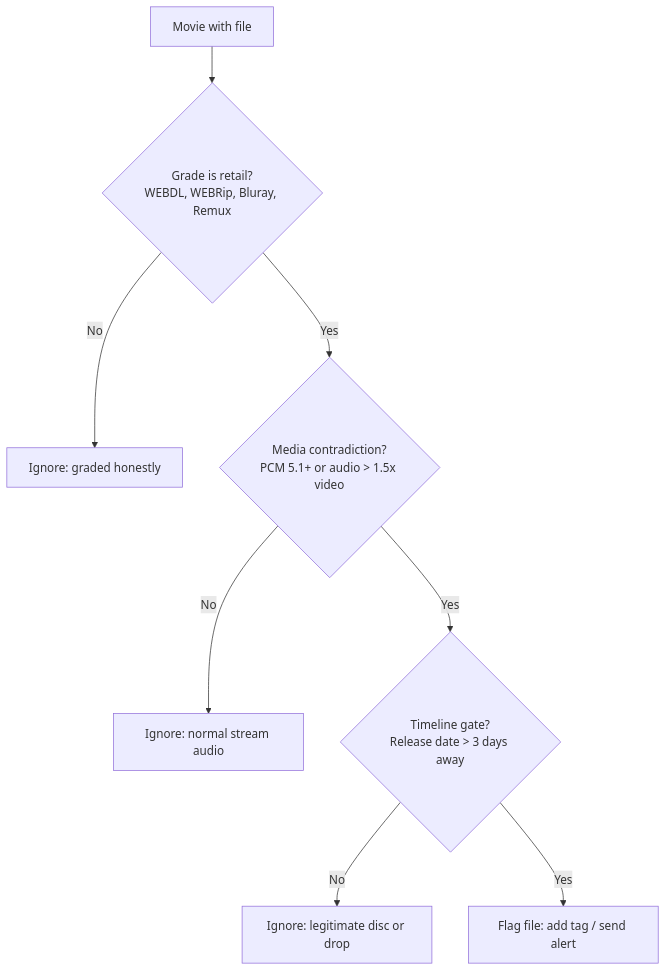
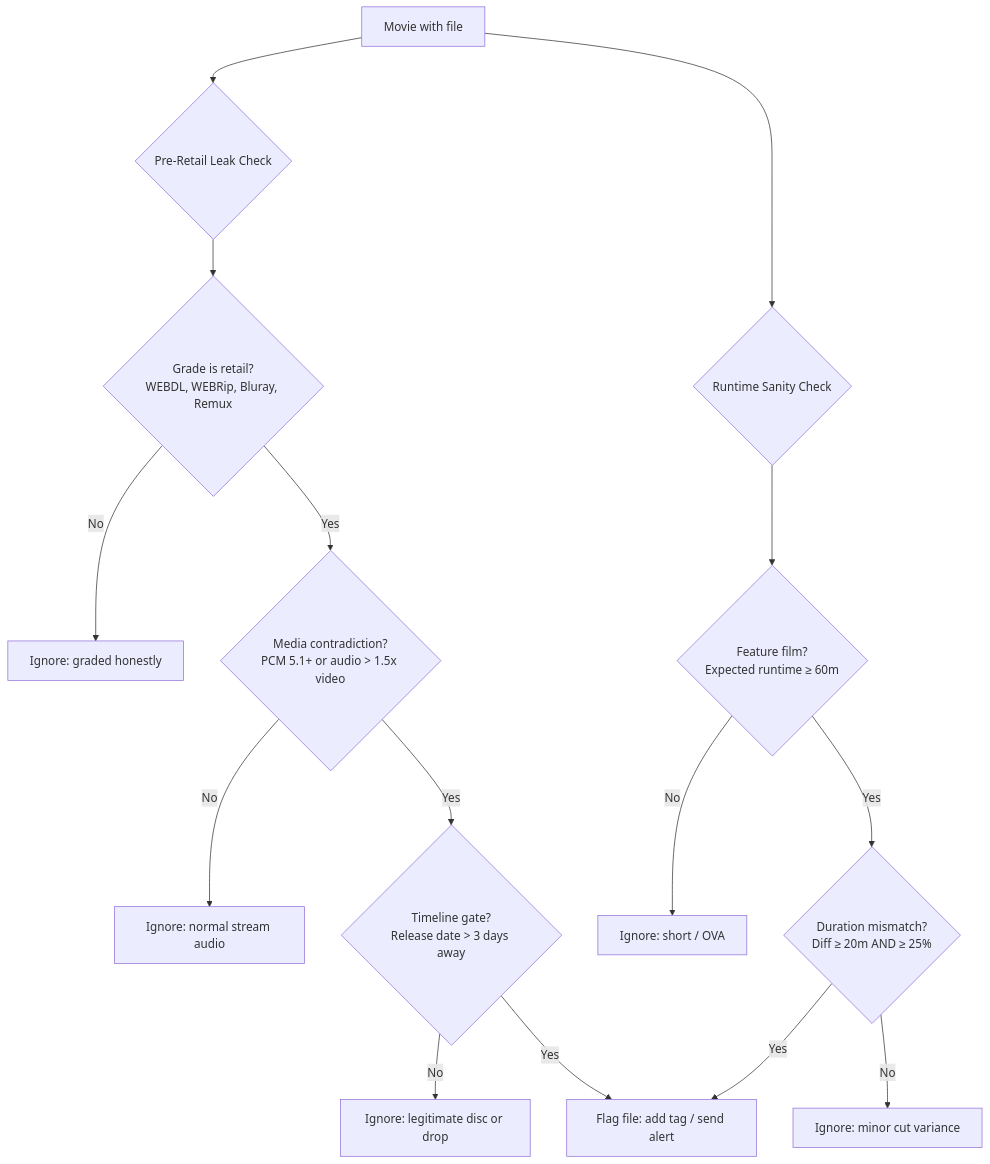
The first of 3 diagrams in README.md (Aresitoo/verifyarr), drawn with Mermaid before and after one commit. The commit also changed other lines of this file and 2 other files, not shown here.

Commit message:
feat: add runtime sanity sentinel for homonym movie collisions (v0.4.0)

````diff
--- a/README.md
+++ b/README.md
@@ -137,10 +140,19 @@
 ```mermaid
 flowchart TD
-    A[Movie with file] --> B{Grade is retail?<br>WEBDL, WEBRip, Bluray, Remux}
-    B -- No --> Z1[Ignore: graded honestly]
-    B -- Yes --> C{Media contradiction?<br>PCM 5.1+ or audio &gt; 1.5x video}
+    A[Movie with file] --> B{Pre-Retail Leak Check}
+    A --> E{Runtime Sanity Check}
+
+    B --> B1{Grade is retail?<br>WEBDL, WEBRip, Bluray, Remux}
+    B1 -- No --> Z1[Ignore: graded honestly]
+    B1 -- Yes --> C{Media contradiction?<br>PCM 5.1+ or audio &gt; 1.5x video}
     C -- No --> Z2[Ignore: normal stream audio]
     C -- Yes --> D{Timeline gate?<br>Release date &gt; 3 days away}
     D -- No --> Z3[Ignore: legitimate disc or drop]
     D -- Yes --> FLAG[Flag file: add tag / send alert]
+
+    E --> E1{Feature film?<br>Expected runtime &ge; 60m}
+    E1 -- No --> Z4[Ignore: short / OVA]
+    E1 -- Yes --> E2{Duration mismatch?<br>Diff &ge; 20m AND &ge; 25%}
+    E2 -- No --> Z5[Ignore: minor cut variance]
+    E2 -- Yes --> FLAG
 ```
````
